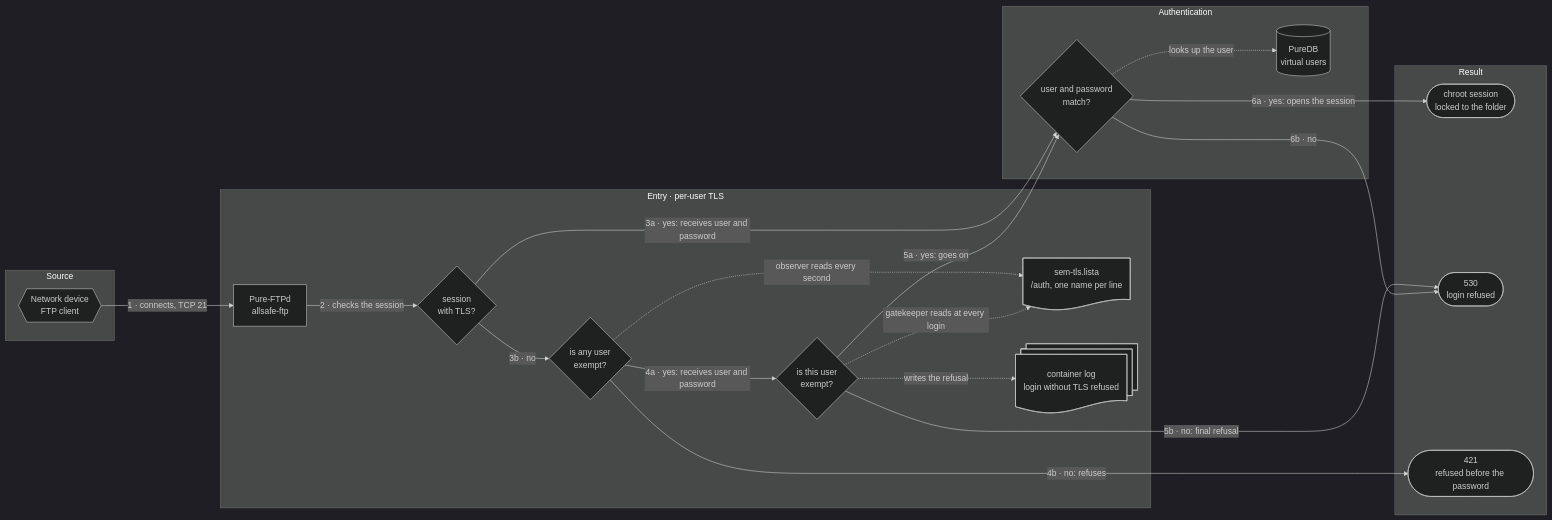
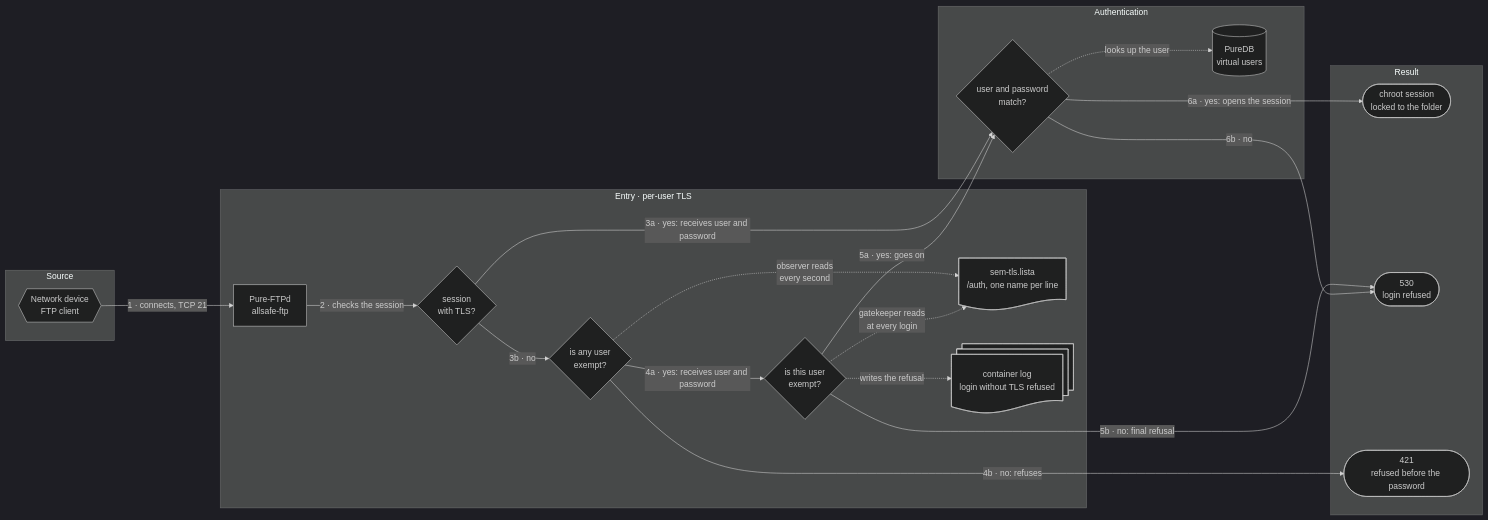
The second of 5 diagrams in doc/en/security.md (CarlosSuporteISP/allsafe-ftp-stack), drawn with Mermaid before and after one commit. The commit also changed other lines of this file and 62 other files, not shown here.

````diff
--- a/doc/en/security.md
+++ b/doc/en/security.md
@@ -353,39 +353,39 @@
 ```mermaid
 %%{init: {"theme": "dark"}}%%
 flowchart LR
     subgraph ORIGEM["Source"]
         equip@{ shape: hex, label: "Network device<br>FTP client" }
     end
     subgraph ENTRADA["Entry · per-user TLS"]
         ftp@{ shape: rect, label: "Pure-FTPd<br>allsafe-ftp" }
         tls@{ shape: diam, label: "session<br>with TLS?" }
         algum@{ shape: diam, label: "is any user<br>exempt?" }
         marcado@{ shape: diam, label: "is this user<br>exempt?" }
         lista@{ shape: doc, label: "sem-tls.lista<br>/auth, one name per line" }
         registro@{ shape: docs, label: "container log<br>login without TLS refused" }
     end
     subgraph AUTH["Authentication"]
         puredb@{ shape: cyl, label: "PureDB<br>virtual users" }
         login@{ shape: diam, label: "user and password<br>match?" }
     end
     subgraph RESULTADO["Result"]
         sessao@{ shape: stadium, label: "chroot session<br>locked to the folder" }
         recusa@{ shape: stadium, label: "530<br>login refused" }
         antes@{ shape: stadium, label: "421<br>refused before the password" }
     end
 
     equip -- "1 · connects, TCP 21" --> ftp
     ftp -- "2 · checks the session" --> tls
     tls -- "3a · yes: receives user and password" --> login
     tls -- "3b · no" --> algum
     algum -- "4a · yes: receives user and password" --> marcado
     algum -- "4b · no: refuses" --> antes
     marcado -- "5a · yes: goes on" --> login
     marcado -- "5b · no: final refusal" --> recusa
     login -- "6a · yes: opens the session" ---> sessao
     login -- "6b · no" ---> recusa
-    algum -. "observer reads every second" .-> lista
-    marcado -. "gatekeeper reads at every login" .-> lista
+    algum -. "observer reads<br>every second" .-> lista
+    marcado -. "gatekeeper reads<br>at every login" .-> lista
     marcado -. "writes the refusal" .-> registro
     login -. "looks up the user" .-> puredb
 ```
````
